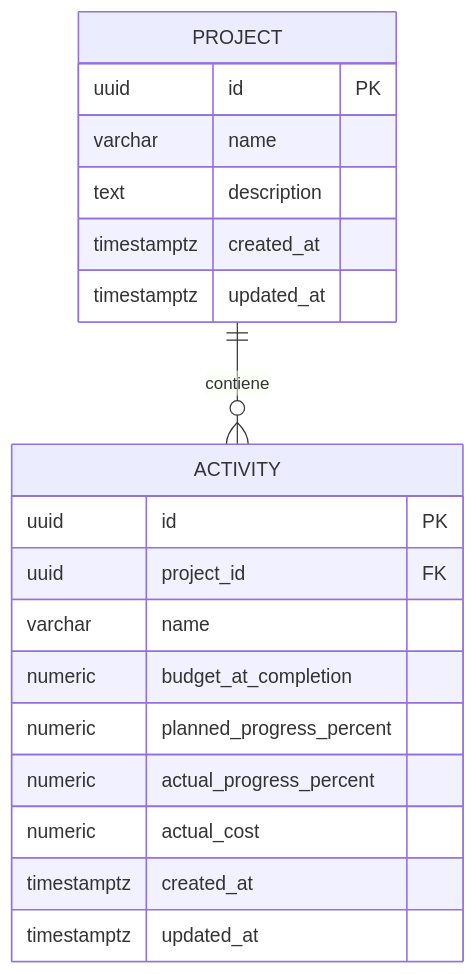
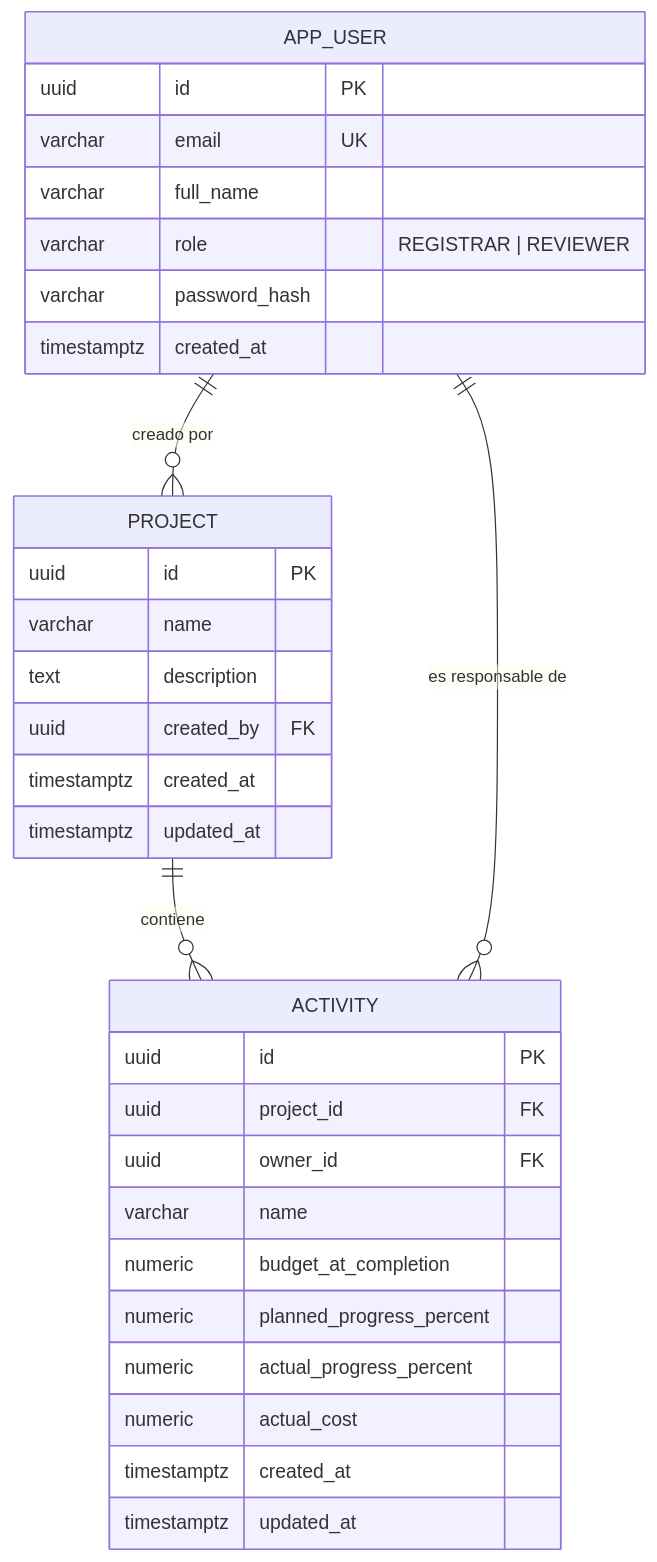
Before and after one commit to MichaelCocuy/Striker_EVM: the second of 4 diagrams in docs/ARQUITECTURA.md, drawn with Mermaid. The commit also changed other lines of this file, not shown here.

````diff
--- a/docs/ARQUITECTURA.md
+++ b/docs/ARQUITECTURA.md
@@ -79,22 +78,34 @@
 ```mermaid
 erDiagram
     PROJECT ||--o{ ACTIVITY : contiene
+    APP_USER ||--o{ ACTIVITY : "es responsable de"
+    APP_USER ||--o{ PROJECT : "creado por"
+    APP_USER {
+        uuid id PK
+        varchar email UK
+        varchar full_name
+        varchar role "REGISTRAR | REVIEWER"
+        varchar password_hash
+        timestamptz created_at
+    }
     PROJECT {
         uuid id PK
         varchar name
         text description
+        uuid created_by FK
         timestamptz created_at
         timestamptz updated_at
     }
     ACTIVITY {
         uuid id PK
         uuid project_id FK
+        uuid owner_id FK
         varchar name
         numeric budget_at_completion
         numeric planned_progress_percent
         numeric actual_progress_percent
         numeric actual_cost
         timestamptz created_at
         timestamptz updated_at
     }
 ```
````
